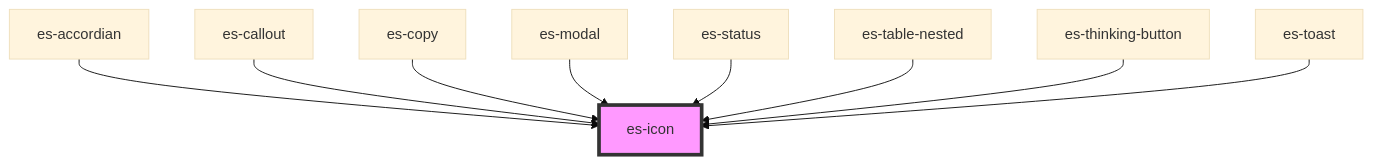
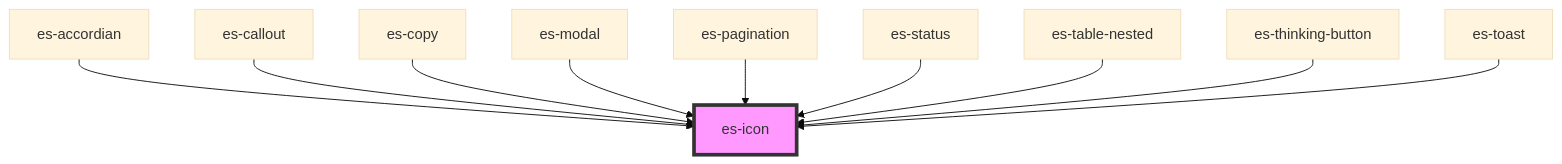
The diagram in packages/components/src/components/es-icon/readme.md (EventStore/Design-System), drawn with Mermaid (base theme) before and after one commit. The commit also changed other lines of this file and 2 other files, not shown here.

````diff
--- a/packages/components/src/components/es-icon/readme.md
+++ b/packages/components/src/components/es-icon/readme.md
@@ -78,12 +79,13 @@
 ```mermaid
 graph TD;
   es-accordian --> es-icon
   es-callout --> es-icon
   es-copy --> es-icon
   es-modal --> es-icon
+  es-pagination --> es-icon
   es-status --> es-icon
   es-table-nested --> es-icon
   es-thinking-button --> es-icon
   es-toast --> es-icon
   style es-icon fill:#f9f,stroke:#333,stroke-width:4px
 ```
````
